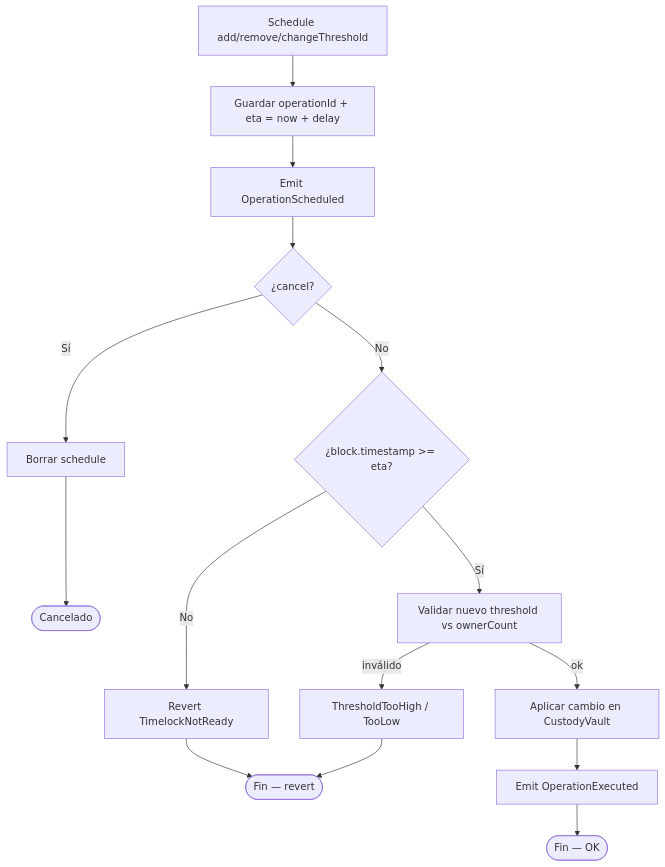
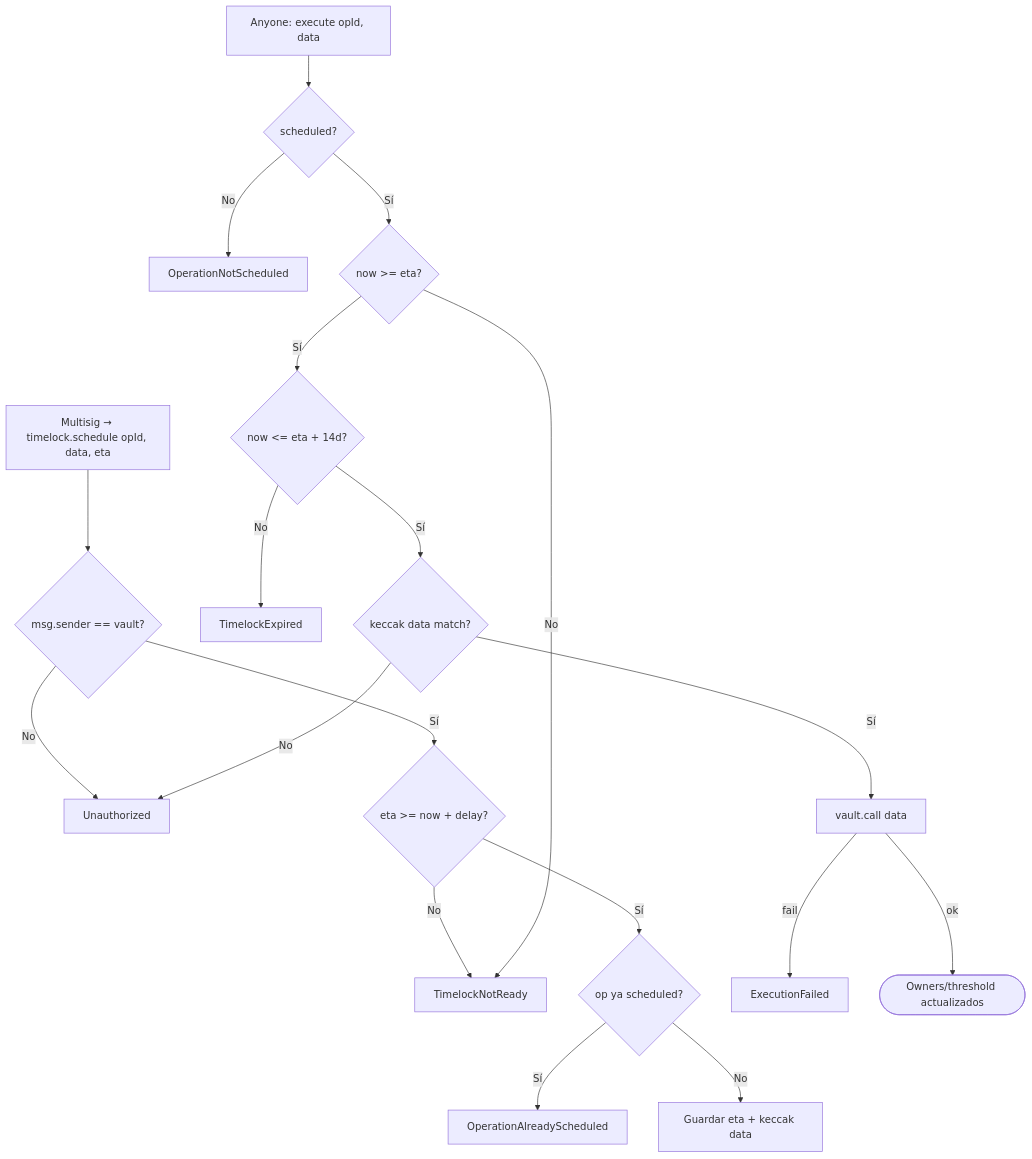
One commit to rastrahm/institutional-custody-mpc changed the sixth of 6 diagrams in doc/diagrama-de-flujo.md. Above: the diagram before and after it, drawn with Mermaid. The commit also changed other lines of this file and 12 other files, not shown here.

````diff
--- a/doc/diagrama-de-flujo.md
+++ b/doc/diagrama-de-flujo.md
@@ -126,17 +118,22 @@
 ```mermaid
 flowchart TD
-    A[Schedule add/remove/changeThreshold] --> B[Guardar operationId + eta = now + delay]
-    B --> C[Emit OperationScheduled]
-    C --> D{¿cancel?}
-    D -->|Sí| E[Borrar schedule]
-    D -->|No| F{¿block.timestamp >= eta?}
-    F -->|No| Z0[Revert TimelockNotReady]
-    F -->|Sí| G[Validar nuevo threshold vs ownerCount]
-    G -->|inválido| Z1[ThresholdTooHigh / TooLow]
-    G -->|ok| H[Aplicar cambio en CustodyVault]
-    H --> I[Emit OperationExecuted]
-    I --> Ok([Fin — OK])
-    E --> Cancelled([Cancelado])
-    Z0 --> End([Fin — revert])
-    Z1 --> End
+    A[Multisig → timelock.schedule opId, data, eta] --> B{msg.sender == vault?}
+    B -->|No| Z0[Unauthorized]
+    B -->|Sí| C{eta >= now + delay?}
+    C -->|No| Z1[TimelockNotReady]
+    C -->|Sí| D{op ya scheduled?}
+    D -->|Sí| Z2[OperationAlreadyScheduled]
+    D -->|No| E[Guardar eta + keccak data]
+
+    F[Anyone: execute opId, data] --> G{scheduled?}
+    G -->|No| Z3[OperationNotScheduled]
+    G -->|Sí| H{now >= eta?}
+    H -->|No| Z1
+    H -->|Sí| I{now <= eta + 14d?}
+    I -->|No| Z4[TimelockExpired]
+    I -->|Sí| J{keccak data match?}
+    J -->|No| Z0
+    J -->|Sí| K[vault.call data]
+    K -->|fail| Z5[ExecutionFailed]
+    K -->|ok| Ok([Owners/threshold actualizados])
 ```
````
